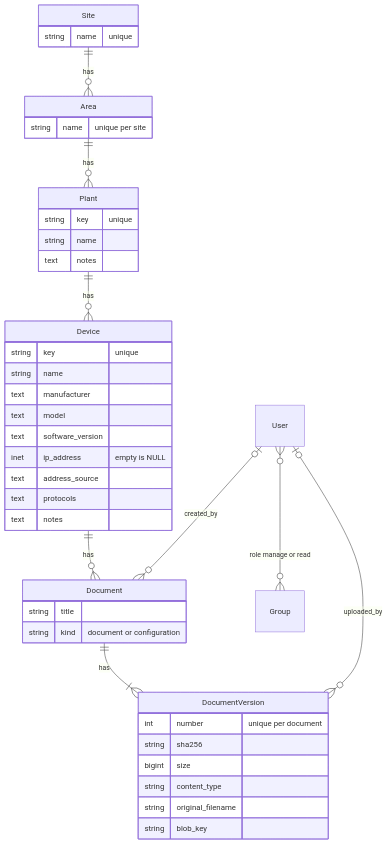
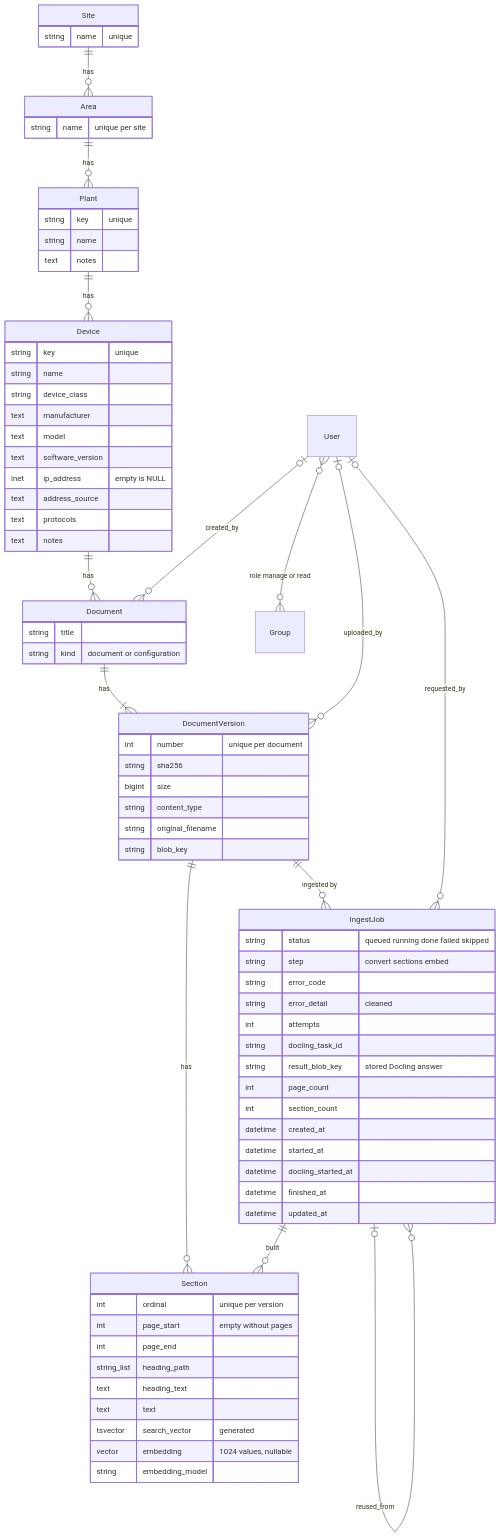
Before and after one commit to 7rebla/2x: the second of 4 diagrams in docs/ARCHITECTURE.md, drawn with Mermaid. The commit also changed other lines of this file, not shown here.

First line of the commit message:
Describe the architecture after M2 in ARCHITECTURE.md

````diff
--- a/docs/ARCHITECTURE.md
+++ b/docs/ARCHITECTURE.md
@@ -131,45 +138,78 @@
 ```mermaid
 erDiagram
   Site ||--o{ Area : "has"
   Area ||--o{ Plant : "has"
   Plant ||--o{ Device : "has"
   Device ||--o{ Document : "has"
   Document ||--|{ DocumentVersion : "has"
+  DocumentVersion ||--o{ IngestJob : "ingested by"
+  DocumentVersion ||--o{ Section : "has"
+  IngestJob ||--o{ Section : "built"
+  IngestJob |o--o{ IngestJob : "reused_from"
   User }o--o{ Group : "role manage or read"
   User |o--o{ Document : "created_by"
   User |o--o{ DocumentVersion : "uploaded_by"
+  User |o--o{ IngestJob : "requested_by"
   Site {
     string name "unique"
   }
   Area {
     string name "unique per site"
   }
   Plant {
     string key "unique"
     string name
     text notes
   }
   Device {
     string key "unique"
     string name
+    string device_class
     text manufacturer
     text model
     text software_version
     inet ip_address "empty is NULL"
     text address_source
     text protocols
     text notes
   }
   Document {
     string title
     string kind "document or configuration"
   }
   DocumentVersion {
     int number "unique per document"
     string sha256
     bigint size
     string content_type
     string original_filename
     string blob_key
   }
+  IngestJob {
+    string status "queued running done failed skipped"
+    string step "convert sections embed"
+    string error_code
+    string error_detail "cleaned"
+    int attempts
+    string docling_task_id
+    string result_blob_key "stored Docling answer"
+    int page_count
+    int section_count
+    datetime created_at
+    datetime started_at
+    datetime docling_started_at
+    datetime finished_at
+    datetime updated_at
+  }
+  Section {
+    int ordinal "unique per version"
+    int page_start "empty without pages"
+    int page_end
+    string_list heading_path
+    text heading_text
+    text text
+    tsvector search_vector "generated"
+    vector embedding "1024 values, nullable"
+    string embedding_model
+  }
 ```
````
